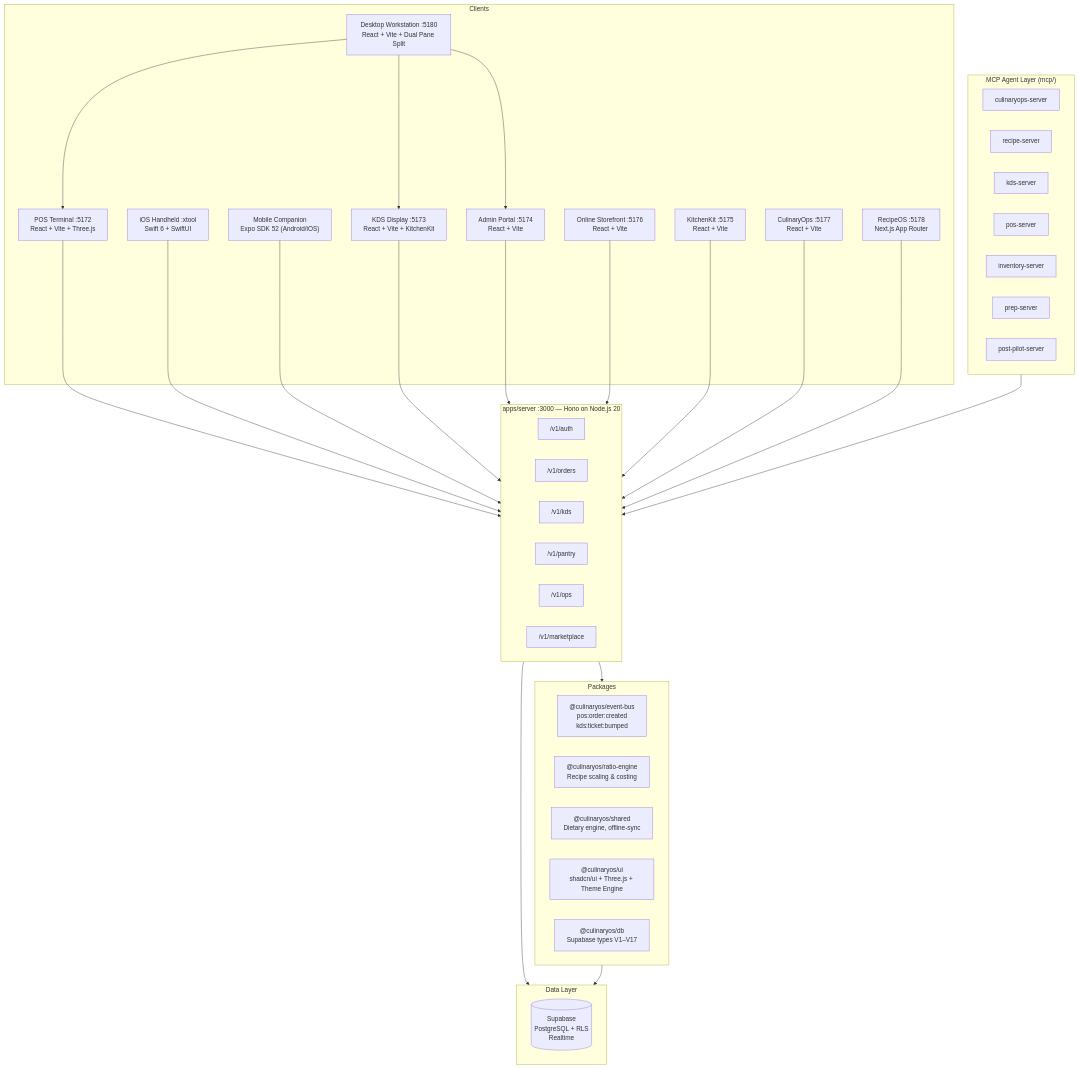
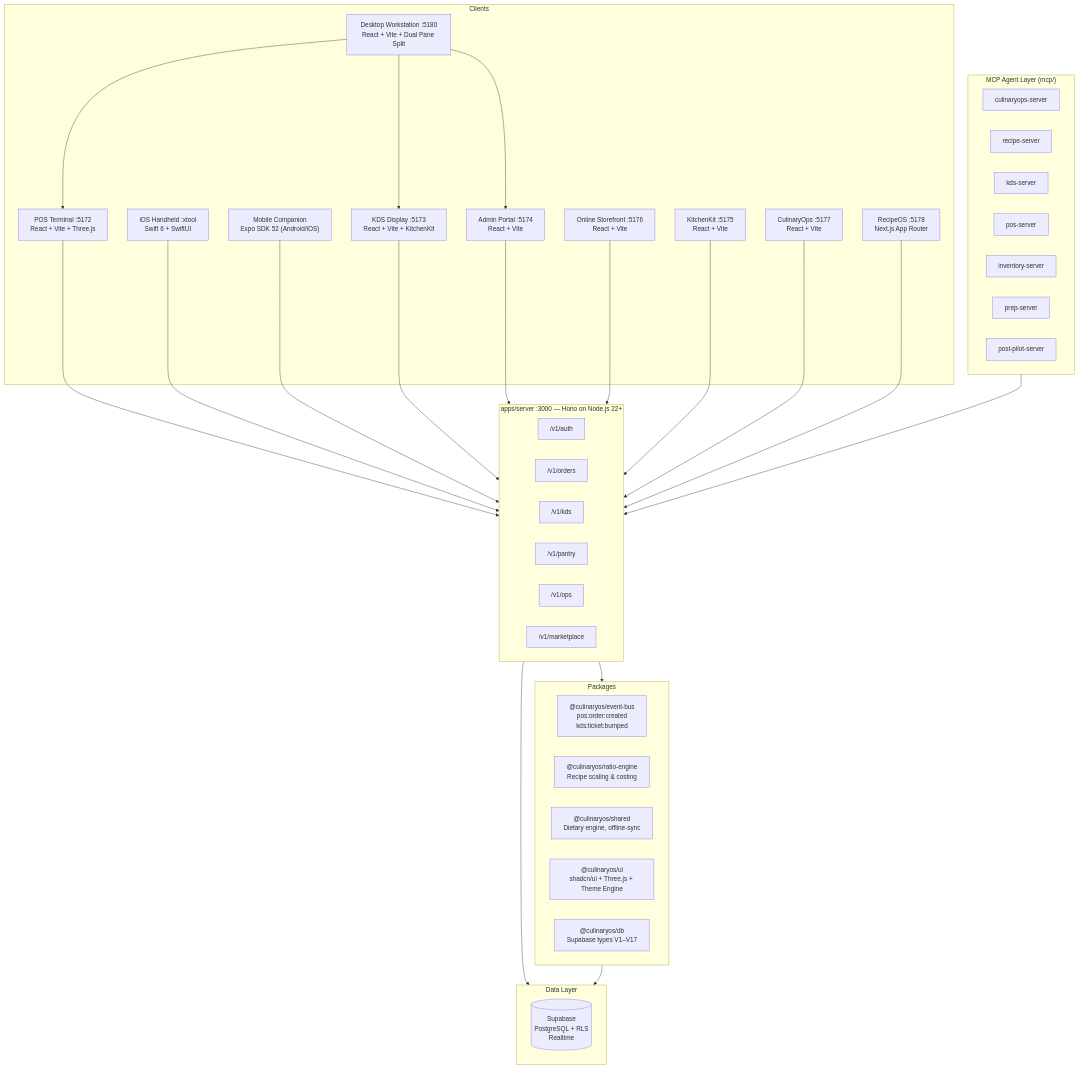
Before and after one commit to ShadowWalkerNC/CulinaryOS: the diagram in README.md, drawn with Mermaid. The commit also changed other lines of this file and 42 other files, not shown here.

````diff
--- a/README.md
+++ b/README.md
@@ -170,65 +170,65 @@
 ```mermaid
 graph TB
     subgraph Clients
         DSK["Desktop Workstation :5180\nReact + Vite + Dual Pane Split"]
         POS["POS Terminal :5172\nReact + Vite + Three.js"]
         HND["iOS Handheld :xtool\nSwift 6 + SwiftUI"]
         MOB["Mobile Companion\nExpo SDK 52 (Android/iOS)"]
         KDS["KDS Display :5173\nReact + Vite + KitchenKit"]
         ADM["Admin Portal :5174\nReact + Vite"]
         WEB["Online Storefront :5176\nReact + Vite"]
         KIT["KitchenKit :5175\nReact + Vite"]
         OPS["CulinaryOps :5177\nReact + Vite"]
         REC["RecipeOS :5178\nNext.js App Router"]
     end
 
-    subgraph API["apps/server :3000 — Hono on Node.js 20"]
+    subgraph API["apps/server :3000 — Hono on Node.js 22+"]
         AUTH["/v1/auth"]
         ORD["/v1/orders"]
         KDS_API["/v1/kds"]
         PAN["/v1/pantry"]
         OPS_API["/v1/ops"]
         MKT["/v1/marketplace"]
     end
 
     subgraph Packages
         EB["@culinaryos/event-bus\npos:order:created\nkds:ticket:bumped"]
         RE["@culinaryos/ratio-engine\nRecipe scaling & costing"]
         SH["@culinaryos/shared\nDietary engine, offline-sync"]
         UI["@culinaryos/ui\nshadcn/ui + Three.js + Theme Engine"]
         DB["@culinaryos/db\nSupabase types V1–V17"]
     end
 
     subgraph Data["Data Layer"]
         SB[("Supabase\nPostgreSQL + RLS\nRealtime")]
     end
 
     subgraph MCP["MCP Agent Layer (mcp/)"]
         MCP1["culinaryops-server"]
         MCP2["recipe-server"]
         MCP3["kds-server"]
         MCP4["pos-server"]
         MCP5["inventory-server"]
         MCP6["prep-server"]
         MCP7["post-pilot-server"]
     end
 
     DSK --> POS
     DSK --> KDS
     DSK --> ADM
     POS --> API
     HND --> API
     MOB --> API
     KDS --> API
     ADM --> API
     WEB --> API
     KIT --> API
     OPS --> API
     REC --> API
 
     API --> Packages
     API --> Data
     Packages --> Data
 
     MCP --> API
 ```
````
